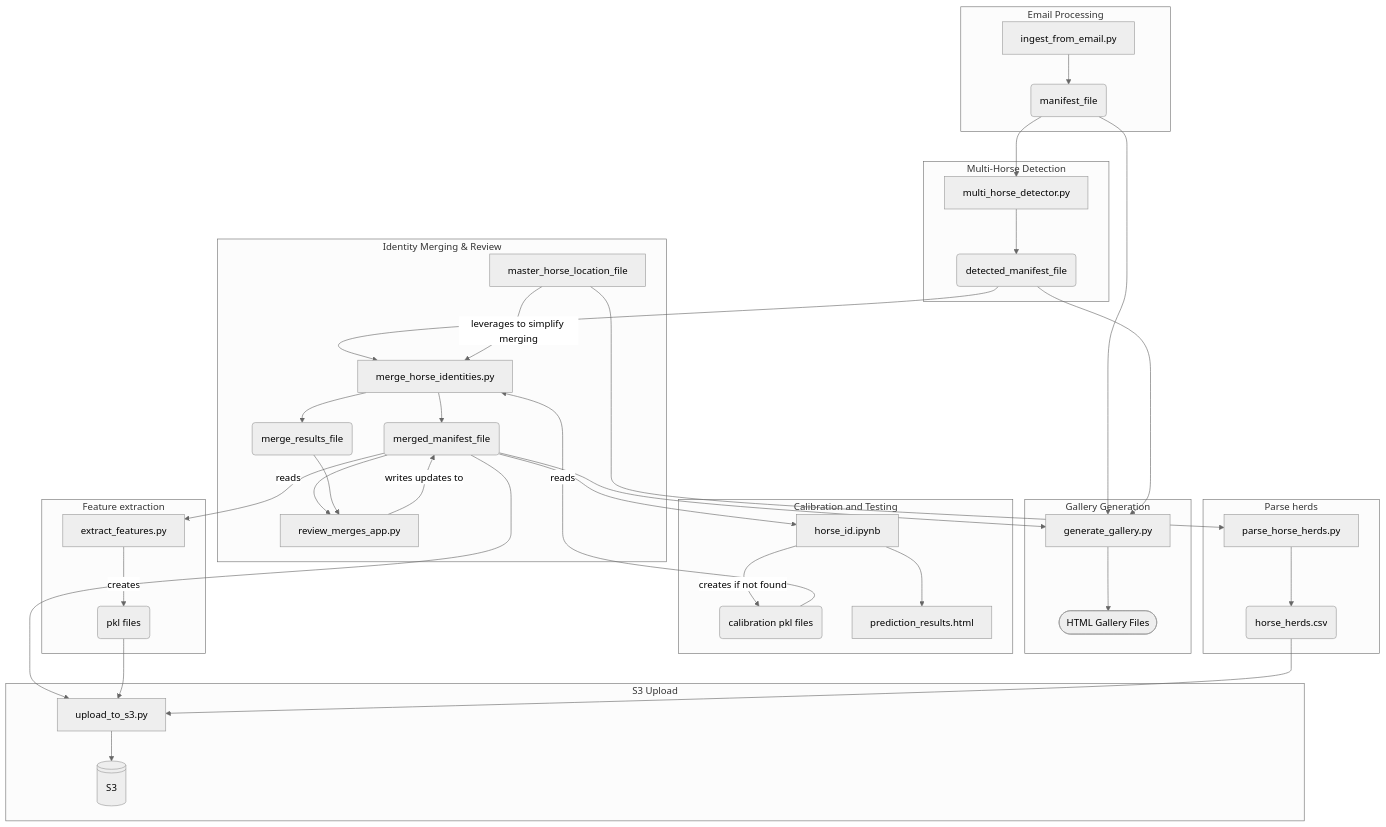
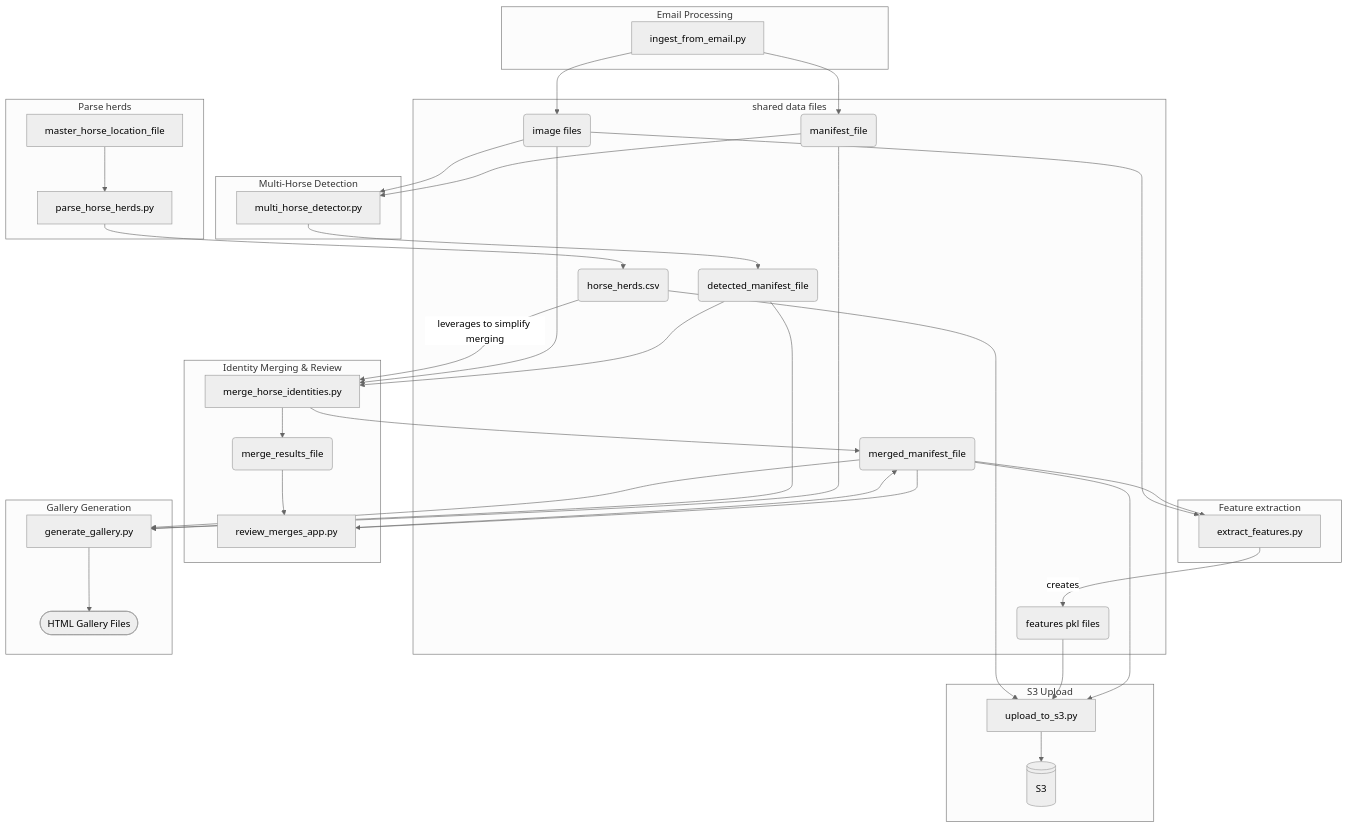
Before and after one commit to dlleigh/horse-id: the second of 2 diagrams in README.md, drawn with Mermaid (neutral theme). The commit also changed other lines of this file and 1 other file, not shown here.

Commit message:
parse horse herds before identity matching

````diff
--- a/README.md
+++ b/README.md
@@ -278,55 +283,62 @@
 ```mermaid
 graph TD
+
+    subgraph "shared data files"
+        manifest_base("manifest_file")
+        manifest_detected("detected_manifest_file")
+        manifest_merged("merged_manifest_file")
+        horse_herds("horse_herds.csv")
+        features("features pkl files")
+        images("image files")
+    end
+
     subgraph "Email Processing"
-        email_parser["ingest_from_email.py"] --> manifest_base("manifest_file")
+        email_parser["ingest_from_email.py"] --> manifest_base
+        email_parser --> images
+    end
+
+    subgraph "Parse herds"
+        master_horse_location_file --> parser["parse_horse_herds.py"]
+        parser --> horse_herds
     end
 
     subgraph "Multi-Horse Detection"
         manifest_base --> detector["multi_horse_detector.py"]
-        detector --> manifest_detected("detected_manifest_file")
+        images --> detector
+        detector --> manifest_detected
+    end
+
+    subgraph "Feature extraction"
+        manifest_merged  --> extractor["extract_features.py"]
+        images --> extractor
+        extractor -- creates --> features
     end
 
     subgraph "Identity Merging & Review"
         manifest_detected --> merger["merge_horse_identities.py"]
-        merger --> manifest_merged("merged_manifest_file")
+        images --> merger
+        merger --> manifest_merged
         merger --> merge_log("merge_results_file")
         manifest_merged --> reviewer["review_merges_app.py"]
         merge_log --> reviewer
-        reviewer -- "writes updates to" --> manifest_merged
-        master_horse_location_file -- "leverages to simplify merging"--> merger
+        reviewer  --> manifest_merged
+        horse_herds -- "leverages to simplify merging"--> merger
     end
 
     subgraph "Gallery Generation"
         manifest_base --> gallery_gen["generate_gallery.py"]
         manifest_detected --> gallery_gen
         manifest_merged --> gallery_gen
         gallery_gen --> html_galleries([HTML Gallery Files])
-    end
-
-    subgraph "Calibration and Testing"
-        manifest_merged --> calibration["horse_id.ipynb"]
-        calibration -- "creates if not found" --> calibration_files(calibration pkl files)
-        calibration_files -- "reads" --> merger
-        calibration --> prediction_results["prediction_results.html"]
-    end
-
-    subgraph "Feature extraction"
-        manifest_merged -- "reads" --> extractor["extract_features.py"]
-        extractor -- creates --> features(pkl files)
-    end
-
-    subgraph "Parse herds"
-        master_horse_location_file --> parser["parse_horse_herds.py"]
-        parser --> horse_herds("horse_herds.csv")
     end
 
     subgraph "S3 Upload"
         manifest_merged --> uploader["upload_to_s3.py"]
         features --> uploader
         horse_herds --> uploader
         uploader --> S3
     end
 
     S3@{shape: disk}
 
 ```
````
